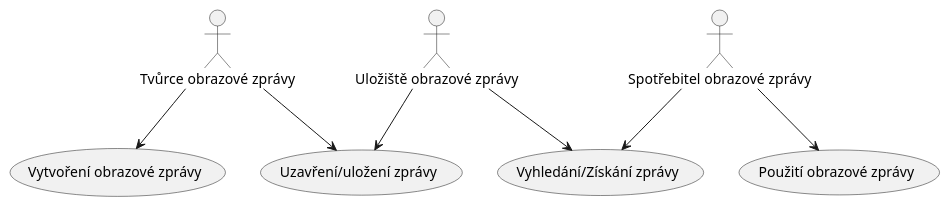
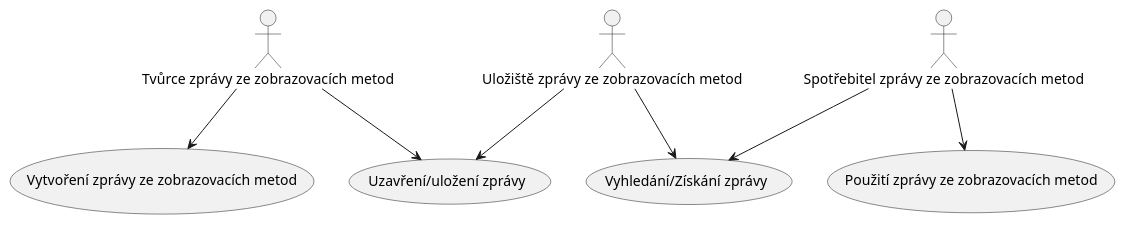
Before and after one commit to HL7-cz/img: the diagram in input/images-source/imgReport_Actors-cs.plantuml, drawn with PlantUML. The commit also changed 3 other files, not shown here.

```diff
--- a/input/images-source/imgReport_Actors-cs.plantuml
+++ b/input/images-source/imgReport_Actors-cs.plantuml
@@ -1,17 +1,17 @@
 @startuml
-"Tvůrce obrazové zprávy" as creator
-"Uložiště obrazové zprávy" as repos
-"Spotřebitel obrazové zprávy" as consumer
-"Vytvoření obrazové zprávy" as (create)
-"Použití obrazové zprávy" as (use)
+"Tvůrce zprávy ze zobrazovacích metod" as creator
+"Uložiště zprávy ze zobrazovacích metod" as repos
+"Spotřebitel zprávy ze zobrazovacích metod" as consumer
+"Vytvoření zprávy ze zobrazovacích metod" as (create)
+"Použití zprávy ze zobrazovacích metod" as (use)
 
 "Uzavření/uložení zprávy" as (save)
 "Vyhledání/Získání zprávy" as (receive)
 
 creator --> (create)
 creator --> (save)
 consumer --> (use)
 consumer --> (receive)
 repos --> (save)
 repos --> (receive)
 @enduml
```
